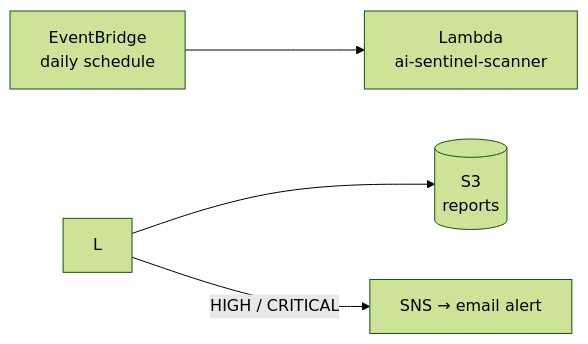
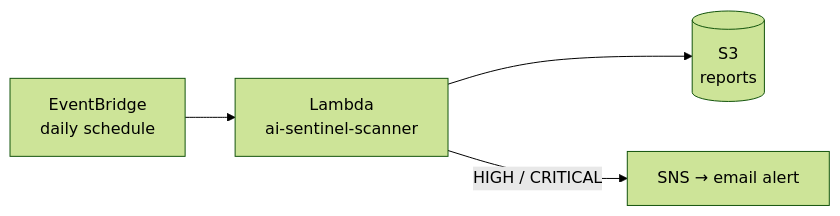
The third of 3 diagrams in README.md (Arjun7114/ai-model-ingestion-gate), drawn with Mermaid (forest theme) before and after one commit. The commit also changed other lines of this file, not shown here.

Commit message:
Fix README formatting; add framework provenance, cloud scanner, and all screenshots

````diff
--- a/README.md
+++ b/README.md
@@ -144,6 +144,6 @@
 ```mermaid
 flowchart LR
-    EB\[EventBridge<br/>daily schedule] --> L\[Lambda<br/>ai-sentinel-scanner]
-    L --> S3\[(S3<br/>reports)]
-    L -->|HIGH / CRITICAL| SNS\[SNS → email alert]
+    EB[EventBridge<br/>daily schedule] --> L[Lambda<br/>ai-sentinel-scanner]
+    L --> S3[(S3<br/>reports)]
+    L -->|HIGH / CRITICAL| SNS[SNS → email alert]
 ```
````
